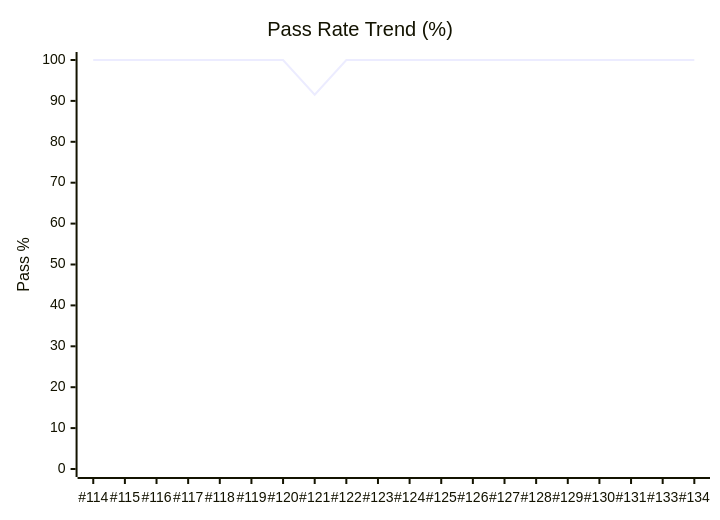
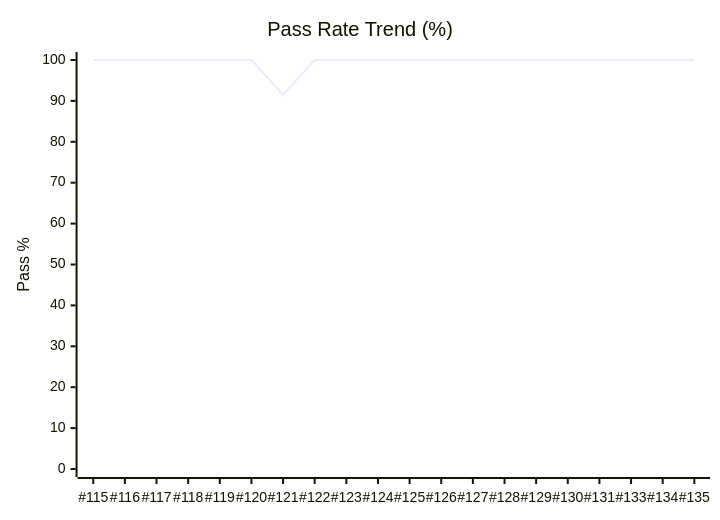
One commit to karimarie67/QA-boost changed the diagram in dashboards/qa-metrics.md. Above: the diagram before and after it, drawn with Mermaid. The commit also changed other lines of this file and 2 other files, not shown here.

````diff
--- a/dashboards/qa-metrics.md
+++ b/dashboards/qa-metrics.md
@@ -37,7 +24,7 @@
 ```mermaid
 xychart-beta
     title "Pass Rate Trend (%)"
-    x-axis [#114, #115, #116, #117, #118, #119, #120, #121, #122, #123, #124, #125, #126, #127, #128, #129, #130, #131, #133, #134]
+    x-axis [#115, #116, #117, #118, #119, #120, #121, #122, #123, #124, #125, #126, #127, #128, #129, #130, #131, #133, #134, #135]
     y-axis "Pass %" 0 --> 100
-    line [100.0, 100.0, 100.0, 100.0, 100.0, 100.0, 100.0, 91.5, 100.0, 100.0, 100.0, 100.0, 100.0, 100.0, 100.0, 100.0, 100.0, 100.0, 100.0, 100.0]
+    line [100.0, 100.0, 100.0, 100.0, 100.0, 100.0, 91.5, 100.0, 100.0, 100.0, 100.0, 100.0, 100.0, 100.0, 100.0, 100.0, 100.0, 100.0, 100.0, 100.0]
 ```
````
